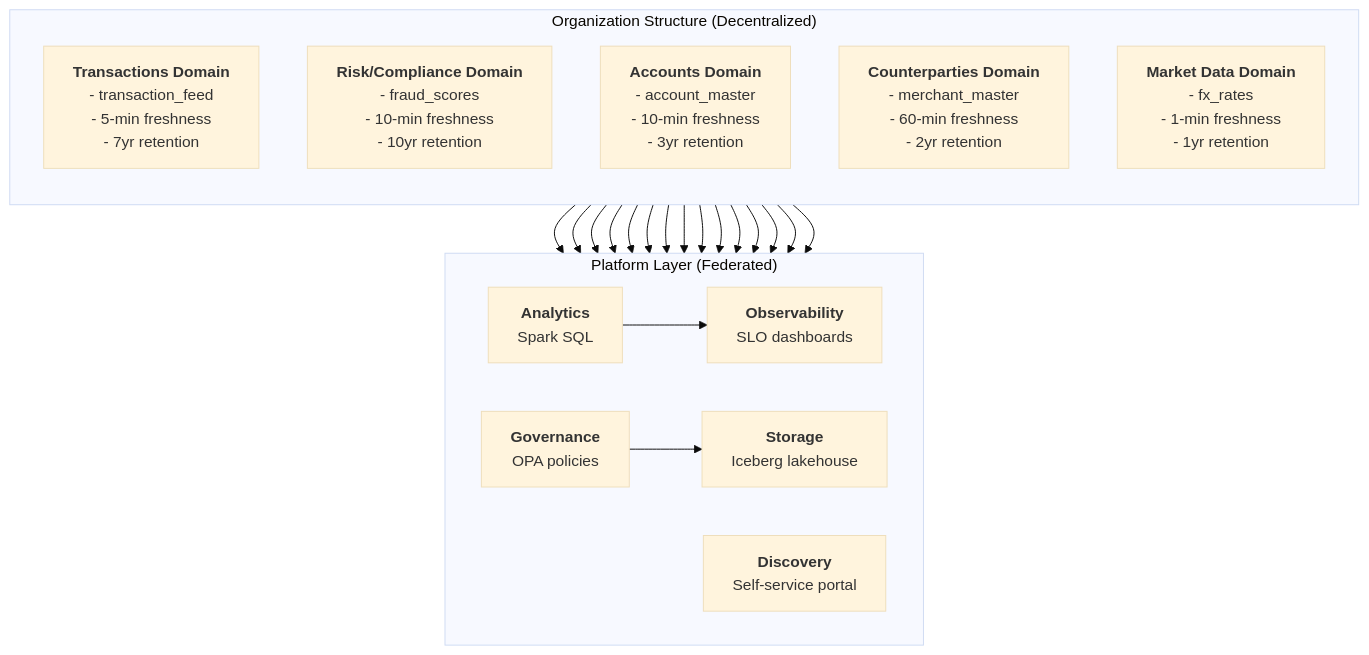
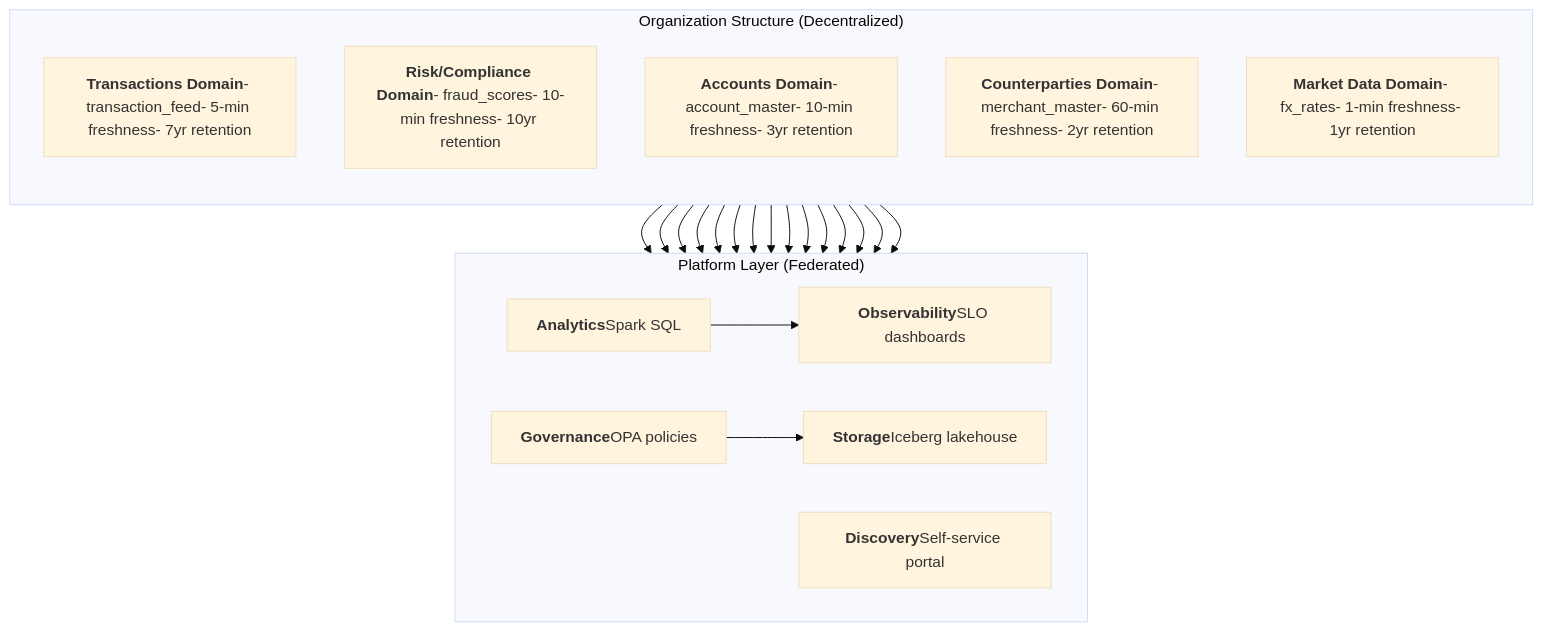
Before and after one commit to naren-chakraview/chakraview-fintech-data-mesh: the diagram in docs/architecture/00-overview.md, drawn with Mermaid (base theme). The commit also changed 9 other files, not shown here.

Commit message:
fix: remove HTML br tags from mermaid diagrams and fix diagram syntax for v11 compatibility

````diff
--- a/docs/architecture/00-overview.md
+++ b/docs/architecture/00-overview.md
@@ -11,41 +11,41 @@
 ```mermaid
 graph TB
     subgraph org["Organization Structure (Decentralized)"]
         direction TB
-        T["<b>Transactions Domain</b><br/>- transaction_feed<br/>- 5-min freshness<br/>- 7yr retention"]
-        R["<b>Risk/Compliance Domain</b><br/>- fraud_scores<br/>- 10-min freshness<br/>- 10yr retention"]
-        A["<b>Accounts Domain</b><br/>- account_master<br/>- 10-min freshness<br/>- 3yr retention"]
-        C["<b>Counterparties Domain</b><br/>- merchant_master<br/>- 60-min freshness<br/>- 2yr retention"]
-        M["<b>Market Data Domain</b><br/>- fx_rates<br/>- 1-min freshness<br/>- 1yr retention"]
+        T["<b>Transactions Domain</b>- transaction_feed- 5-min freshness- 7yr retention"]
+        R["<b>Risk/Compliance Domain</b>- fraud_scores- 10-min freshness- 10yr retention"]
+        A["<b>Accounts Domain</b>- account_master- 10-min freshness- 3yr retention"]
+        C["<b>Counterparties Domain</b>- merchant_master- 60-min freshness- 2yr retention"]
+        M["<b>Market Data Domain</b>- fx_rates- 1-min freshness- 1yr retention"]
     end
     
     subgraph plat["Platform Layer (Federated)"]
         direction LR
-        GOV["<b>Governance</b><br/>OPA policies"]
-        DISC["<b>Discovery</b><br/>Self-service portal"]
-        ANA["<b>Analytics</b><br/>Spark SQL"]
-        OBS["<b>Observability</b><br/>SLO dashboards"]
-        STOR["<b>Storage</b><br/>Iceberg lakehouse"]
+        GOV["<b>Governance</b>OPA policies"]
+        DISC["<b>Discovery</b>Self-service portal"]
+        ANA["<b>Analytics</b>Spark SQL"]
+        OBS["<b>Observability</b>SLO dashboards"]
+        STOR["<b>Storage</b>Iceberg lakehouse"]
     end
     
     T --> GOV
     R --> GOV
     A --> GOV
     C --> GOV
     M --> GOV
     
     T --> DISC
     R --> DISC
     A --> DISC
     C --> DISC
     M --> DISC
     
     T --> ANA
     R --> ANA
     A --> ANA
     C --> ANA
     M --> ANA
     
     ANA --> OBS
     GOV --> STOR
 ```
````
